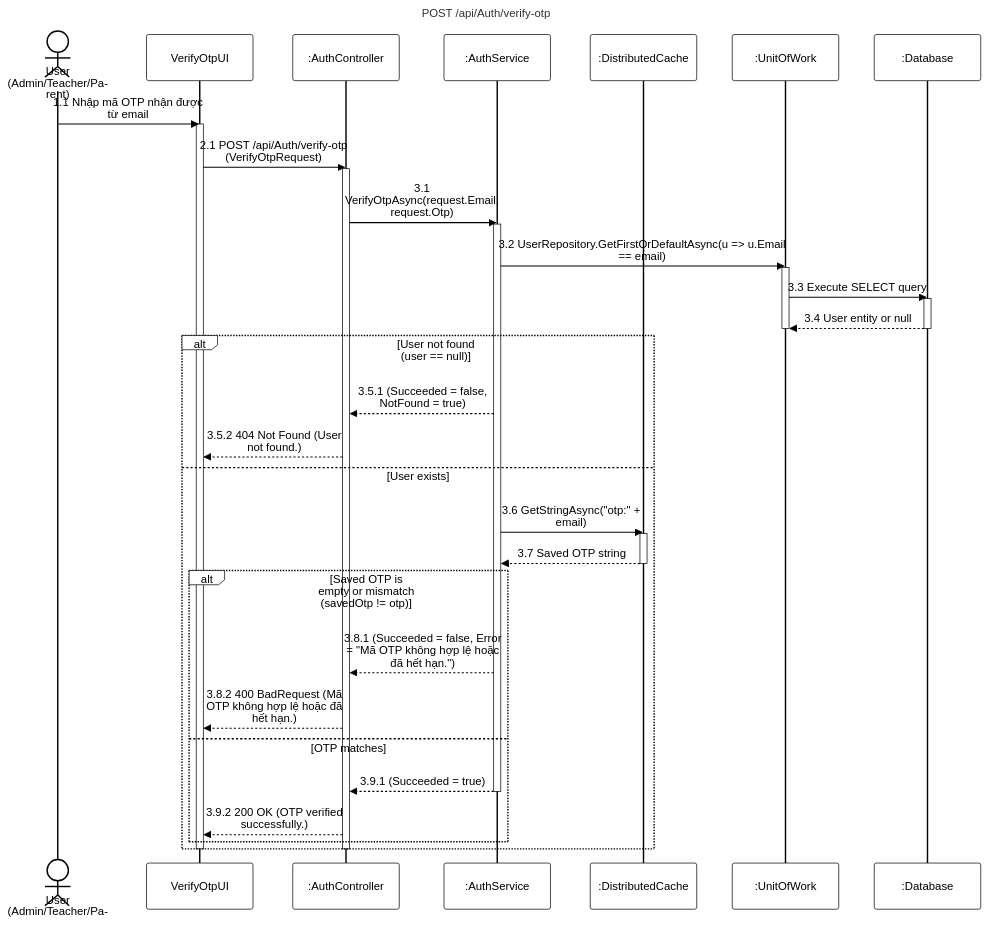
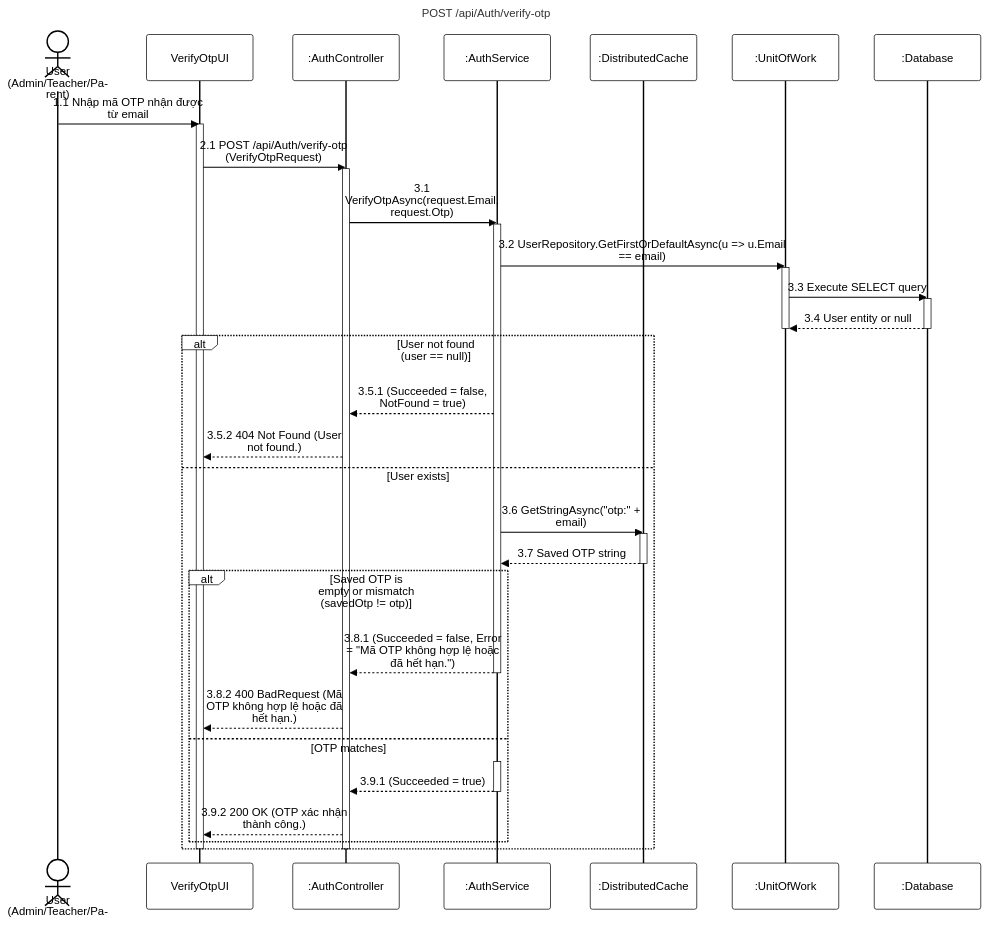
Before and after one commit to PhucAnDev/docx-diagram: the diagram in 01-authentication/sequence-diagram/apis/verify-otp.mmd, drawn with Mermaid. The commit also changed 3 other files, not shown here.

```diff
--- a/01-authentication/sequence-diagram/apis/verify-otp.mmd
+++ b/01-authentication/sequence-diagram/apis/verify-otp.mmd
@@ -1,47 +1,49 @@
 %%{init: {'theme':'base', 'themeVariables': {'actorBkg':'#ffffff','actorBorder':'#000000','actorTextColor':'#000000','actorLineColor':'#000000','signalColor':'#000000','signalTextColor':'#000000','labelBoxBkgColor':'#ffffff','labelBoxBorderColor':'#000000','labelTextColor':'#000000','loopTextColor':'#000000','noteBkgColor':'#ffffff','noteBorderColor':'#000000','noteTextColor':'#000000','activationBorderColor':'#000000','activationBkgColor':'#ffffff','sequenceNumberColor':'#000000'}, 'sequence': {'width':150,'height':65,'actorFontSize':16,'messageFontSize':16,'wrap':true,'wrapPadding':10}}}%%
 sequenceDiagram
     title POST /api/Auth/verify-otp
     actor User as User (Admin/Teacher/Parent)
     participant UI as VerifyOtpUI
     participant Endpoint as :AuthController
     participant Service as :AuthService
     participant Cache as :DistributedCache
     participant DB as :UnitOfWork
     participant Database as :Database
 
     User->>UI: 1.1 Nhập mã OTP nhận được từ email
     activate UI
     UI->>Endpoint: 2.1 POST /api/Auth/verify-otp (VerifyOtpRequest)
     activate Endpoint
 
     Endpoint->>Service: 3.1 VerifyOtpAsync(request.Email, request.Otp)
     activate Service
 
     Service->>DB: 3.2 UserRepository.GetFirstOrDefaultAsync(u => u.Email == email)
     activate DB
     DB->>Database: 3.3 Execute SELECT query
     activate Database
     Database-->>DB: 3.4 User entity or null
     deactivate Database
     deactivate DB
 
     alt User not found (user == null)
         Service-->>Endpoint: 3.5.1 (Succeeded = false, NotFound = true)
         Endpoint-->>UI: 3.5.2 404 Not Found (User not found.)
     else User exists
         Service->>Cache: 3.6 GetStringAsync("otp:" + email)
         activate Cache
         Cache-->>Service: 3.7 Saved OTP string
         deactivate Cache
 
         alt Saved OTP is empty or mismatch (savedOtp != otp)
             Service-->>Endpoint: 3.8.1 (Succeeded = false, Error = "Mã OTP không hợp lệ hoặc đã hết hạn.")
+            deactivate Service
             Endpoint-->>UI: 3.8.2 400 BadRequest (Mã OTP không hợp lệ hoặc đã hết hạn.)
         else OTP matches
+            activate Service
             Service-->>Endpoint: 3.9.1 (Succeeded = true)
             deactivate Service
-            Endpoint-->>UI: 3.9.2 200 OK (OTP verified successfully.)
+            Endpoint-->>UI: 3.9.2 200 OK (OTP xác nhận thành công.)
         end
     end
     deactivate Endpoint
     deactivate UI
```
